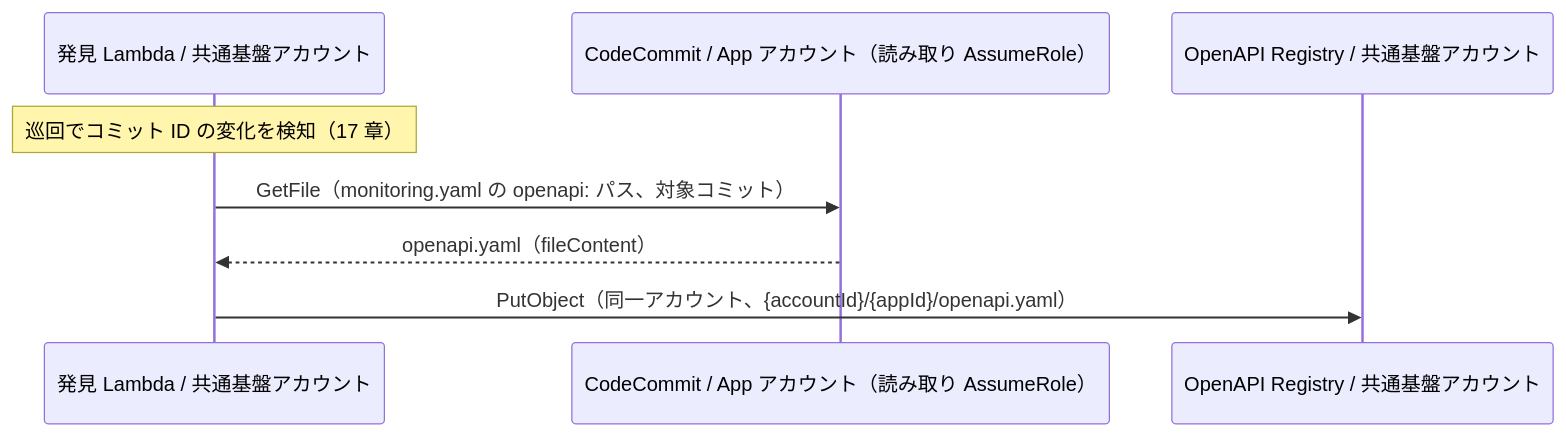
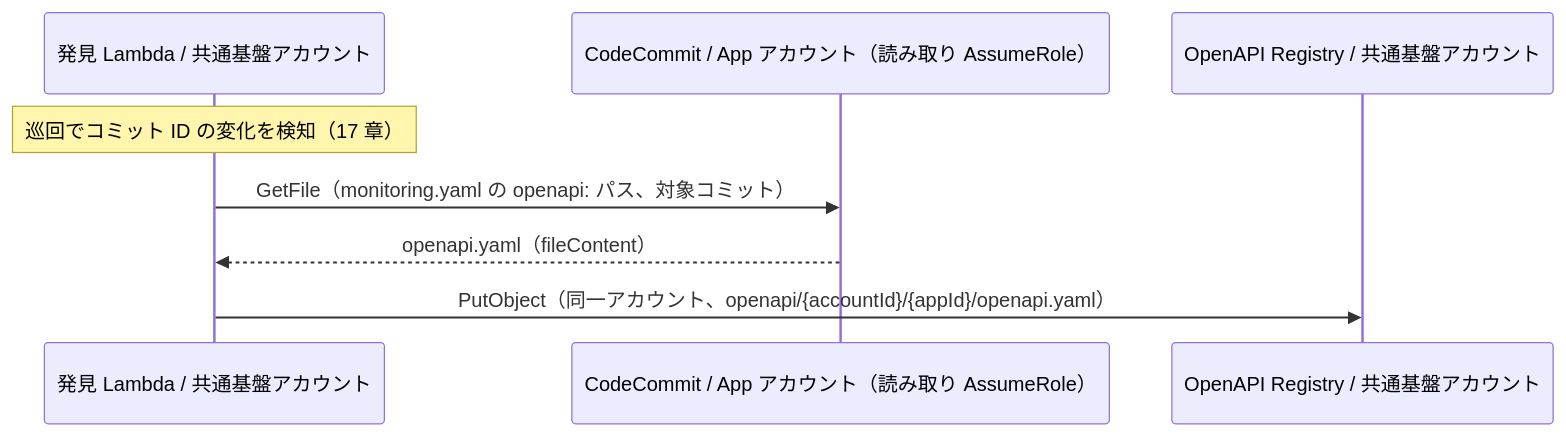
Before and after one commit to suepie/aws-atuh-poc: the diagram in doc/api-platform/basic-design/13-openapi-registry-design.md, drawn with Mermaid. The commit also changed other lines of this file and 15 other files, not shown here.

````diff
--- a/doc/api-platform/basic-design/13-openapi-registry-design.md
+++ b/doc/api-platform/basic-design/13-openapi-registry-design.md
@@ -35,11 +36,11 @@
 ```mermaid
 sequenceDiagram
     participant DISC as 発見 Lambda / 共通基盤アカウント
     participant CC as CodeCommit / App アカウント（読み取り AssumeRole）
     participant S3 as OpenAPI Registry / 共通基盤アカウント
 
     Note over DISC: 巡回でコミット ID の変化を検知（17 章）
     DISC->>CC: GetFile（monitoring.yaml の openapi: パス、対象コミット）
     CC-->>DISC: openapi.yaml（fileContent）
-    DISC->>S3: PutObject（同一アカウント、{accountId}/{appId}/openapi.yaml）
+    DISC->>S3: PutObject（同一アカウント、openapi/{accountId}/{appId}/openapi.yaml）
 ```
````
